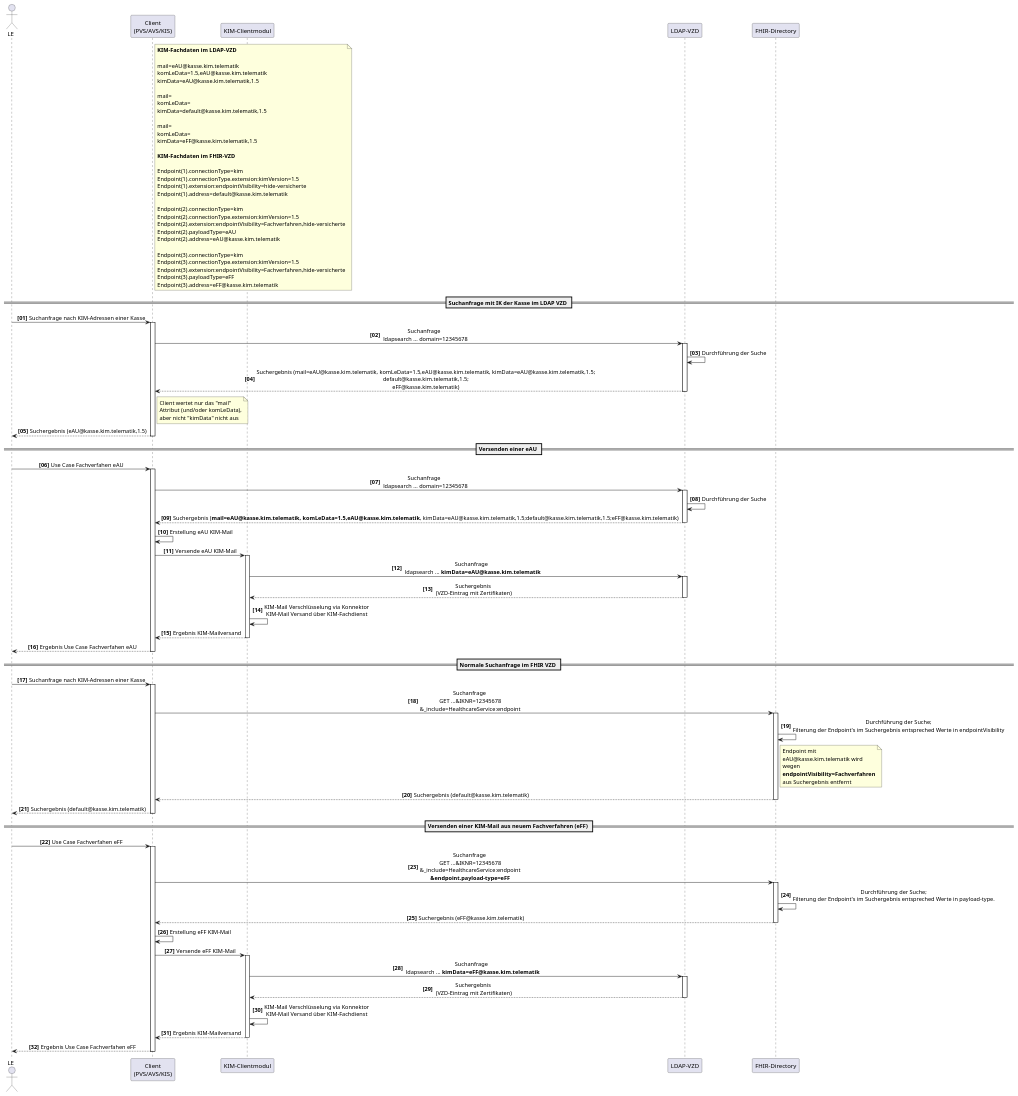
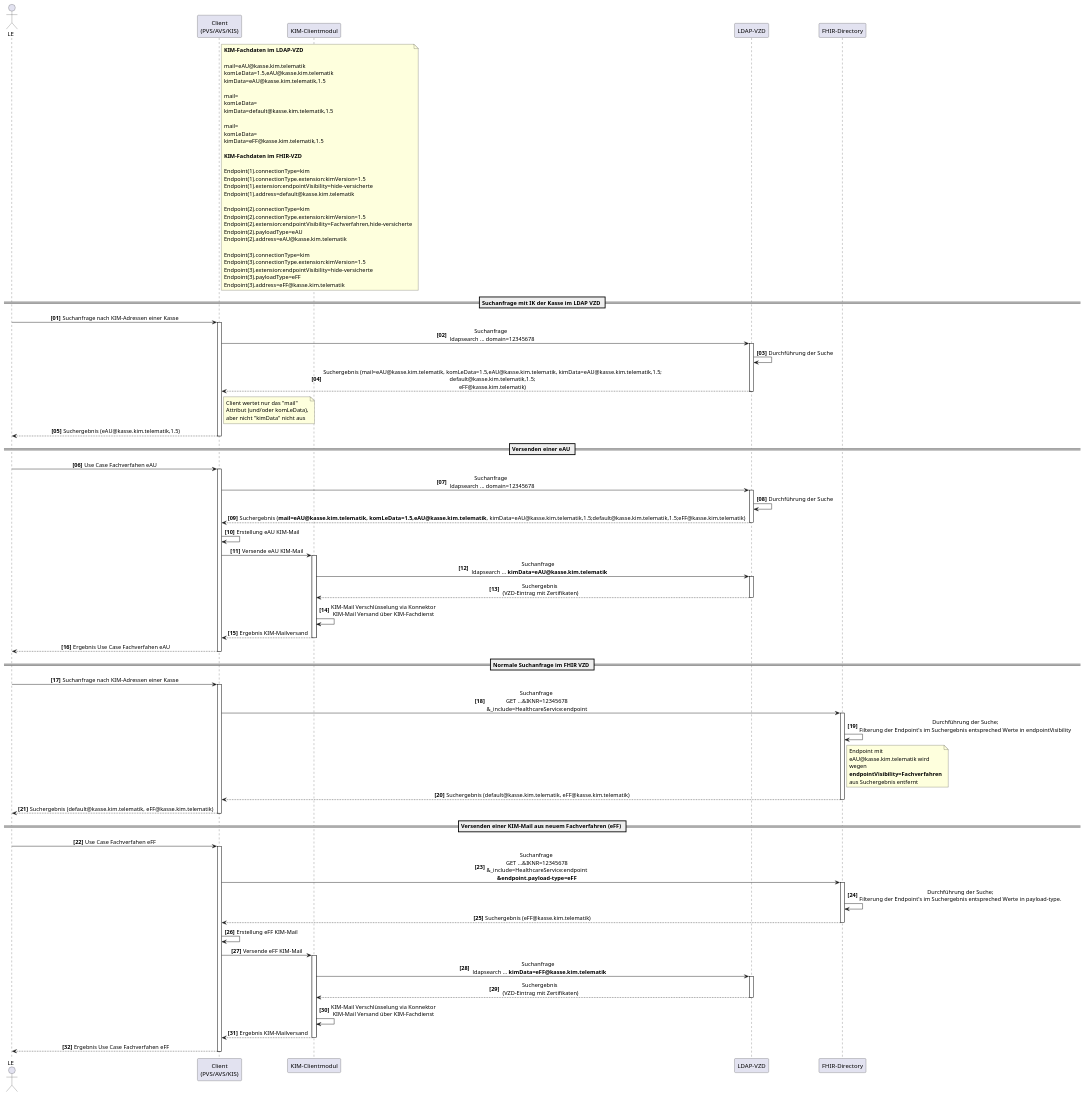
Before and after one commit to gematik/api-vzd: the diagram in src/plantuml/SequenceDiagram.FHIR_AF_10472_Kassen.puml, drawn with PlantUML.

```diff
--- a/src/plantuml/SequenceDiagram.FHIR_AF_10472_Kassen.puml
+++ b/src/plantuml/SequenceDiagram.FHIR_AF_10472_Kassen.puml
@@ -1,124 +1,124 @@
 @startuml
 skinparam dpi 100
 skinparam WrapWidth 200
 skinparam sequenceMessageAlign center
 autonumber "<b>[00]"
 
 'title "FHIR-Directory, Sequenzdiagram SSP Authenticate mit Passwort"
 actor o as "LE"
 participant cl as "Client\n(PVS/AVS/KIS)"
 participant kimCl as "KIM-Clientmodul"
 participant ldap as "LDAP-VZD"
 participant fhir as "FHIR-Directory"
 
 note right of cl
 **KIM-Fachdaten im LDAP-VZD**
 
 mail=eAU@kasse.kim.telematik
 komLeData=1.5,eAU@kasse.kim.telematik
 kimData=eAU@kasse.kim.telematik,1.5
 
 mail=
 komLeData=
 kimData=default@kasse.kim.telematik,1.5
 
 mail=
 komLeData=
 kimData=eFF@kasse.kim.telematik,1.5
 
 **KIM-Fachdaten im FHIR-VZD**
 
 Endpoint(1).connectionType=kim
 Endpoint(1).connectionType.extension:kimVersion=1.5
 Endpoint(1).extension:endpointVisibility=hide-versicherte
 Endpoint(1).address=default@kasse.kim.telematik
 
 Endpoint(2).connectionType=kim
 Endpoint(2).connectionType.extension:kimVersion=1.5
 Endpoint(2).extension:endpointVisibility=Fachverfahren,hide-versicherte
 Endpoint(2).payloadType=eAU
 Endpoint(2).address=eAU@kasse.kim.telematik
 
 Endpoint(3).connectionType=kim
 Endpoint(3).connectionType.extension:kimVersion=1.5
-Endpoint(3).extension:endpointVisibility=Fachverfahren,hide-versicherte
+Endpoint(3).extension:endpointVisibility=hide-versicherte
 Endpoint(3).payloadType=eFF
 Endpoint(3).address=eFF@kasse.kim.telematik
 end note
 
 == Suchanfrage mit IK der Kasse im LDAP VZD ==
 
 o -> cl: Suchanfrage nach KIM-Adressen einer Kasse 
 activate cl
 cl -> ldap: Suchanfrage \n ldapsearch ... domain=12345678
 activate ldap
 ldap -> ldap: Durchführung der Suche
 ldap --> cl: Suchergebnis (mail=eAU@kasse.kim.telematik, komLeData=1.5,eAU@kasse.kim.telematik, kimData=eAU@kasse.kim.telematik,1.5;\ndefault@kasse.kim.telematik,1.5;\neFF@kasse.kim.telematik)
 deactivate ldap
 note right of cl
 Client wertet nur das "mail" Attribut (und/oder komLeData), aber nicht "kimData" nicht aus
 end note
 cl --> o: Suchergebnis (eAU@kasse.kim.telematik,1.5)
 deactivate cl
 
 == Versenden einer eAU ==
 
 o -> cl: Use Case Fachverfahen eAU
 activate cl
 cl -> ldap: Suchanfrage \n ldapsearch ... domain=12345678
 activate ldap
 ldap -> ldap: Durchführung der Suche
 ldap --> cl: Suchergebnis (**mail=eAU@kasse.kim.telematik, komLeData=1.5,eAU@kasse.kim.telematik**, kimData=eAU@kasse.kim.telematik,1.5;default@kasse.kim.telematik,1.5;eFF@kasse.kim.telematik)
 deactivate ldap
 cl -> cl: Erstellung eAU KIM-Mail
 cl -> kimCl: Versende eAU KIM-Mail
 activate kimCl
 kimCl -> ldap: Suchanfrage \n ldapsearch ... **kimData=eAU@kasse.kim.telematik**
 activate ldap
 ldap --> kimCl: Suchergebnis\n (VZD-Eintrag mit Zertifikaten)
 deactivate ldap
 kimCl -> kimCl: KIM-Mail Verschlüsselung via Konnektor\nKIM-Mail Versand über KIM-Fachdienst
 kimCl --> cl: Ergebnis KIM-Mailversand
 deactivate kimCl
 cl --> o: Ergebnis Use Case Fachverfahen eAU
 deactivate cl
 
 == Normale Suchanfrage im FHIR VZD ==
 
 o -> cl: Suchanfrage nach KIM-Adressen einer Kasse 
 activate cl
 cl -> fhir: Suchanfrage \nGET ...&IKNR=12345678\n&_include=HealthcareService:endpoint
 activate fhir
 fhir -> fhir: Durchführung der Suche;\nFilterung der Endpoint's im Suchergebnis entspreched Werte in endpointVisibility
 note right of fhir
 Endpoint mit eAU@kasse.kim.telematik wird wegen **endpointVisibility=Fachverfahren** aus Suchergebnis entfernt
 end note
-fhir --> cl: Suchergebnis (default@kasse.kim.telematik)
+fhir --> cl: Suchergebnis (default@kasse.kim.telematik, eFF@kasse.kim.telematik)
 deactivate fhir
-cl --> o: Suchergebnis (default@kasse.kim.telematik)
+cl --> o: Suchergebnis (default@kasse.kim.telematik, eFF@kasse.kim.telematik)
 deactivate cl
 
 
 == Versenden einer KIM-Mail aus neuem Fachverfahren (eFF) ==
 
 o -> cl: Use Case Fachverfahen eFF
 activate cl
 cl -> fhir: Suchanfrage \nGET ...&IKNR=12345678\n&_include=HealthcareService:endpoint\n**&endpoint.payload-type=eFF**
 activate fhir
 fhir -> fhir: Durchführung der Suche;\nFilterung der Endpoint's im Suchergebnis entspreched Werte in payload-type. 
 fhir --> cl: Suchergebnis (eFF@kasse.kim.telematik)
 deactivate fhir
 cl -> cl: Erstellung eFF KIM-Mail
 cl -> kimCl: Versende eFF KIM-Mail
 activate kimCl
 kimCl -> ldap: Suchanfrage \n ldapsearch ... **kimData=eFF@kasse.kim.telematik**
 activate ldap
 ldap --> kimCl: Suchergebnis\n (VZD-Eintrag mit Zertifikaten)
 deactivate ldap
 kimCl -> kimCl: KIM-Mail Verschlüsselung via Konnektor\nKIM-Mail Versand über KIM-Fachdienst
 kimCl --> cl: Ergebnis KIM-Mailversand
 deactivate kimCl
 cl --> o: Ergebnis Use Case Fachverfahen eFF
 deactivate cl
 
 @enduml
```
